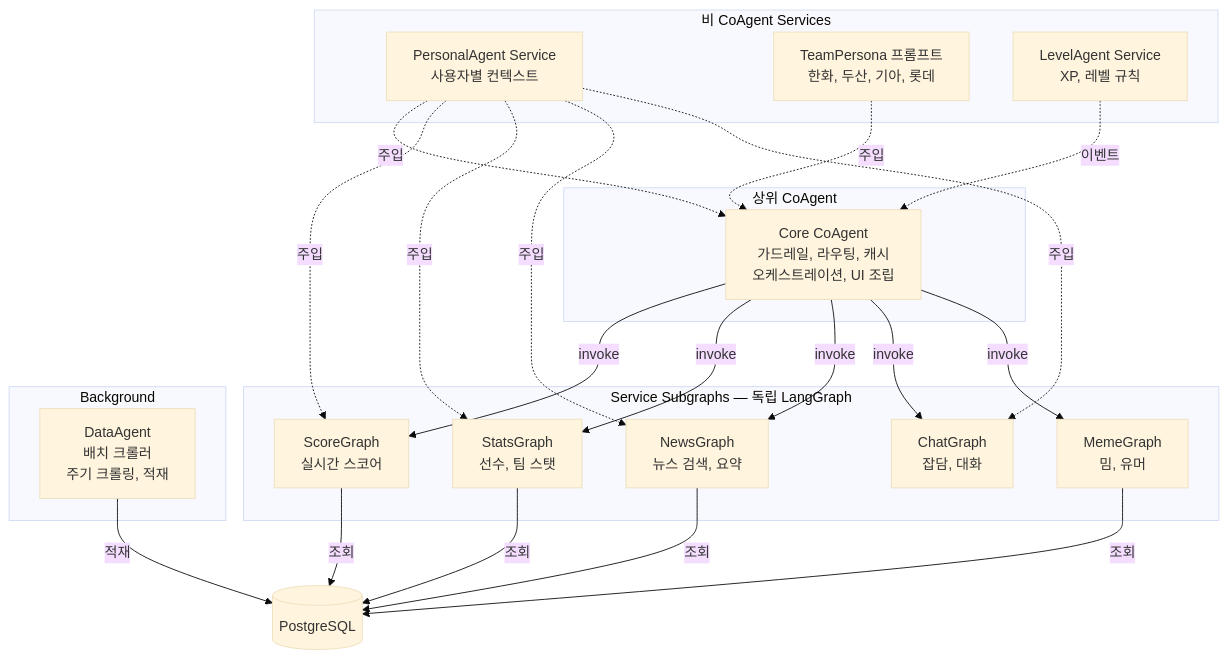
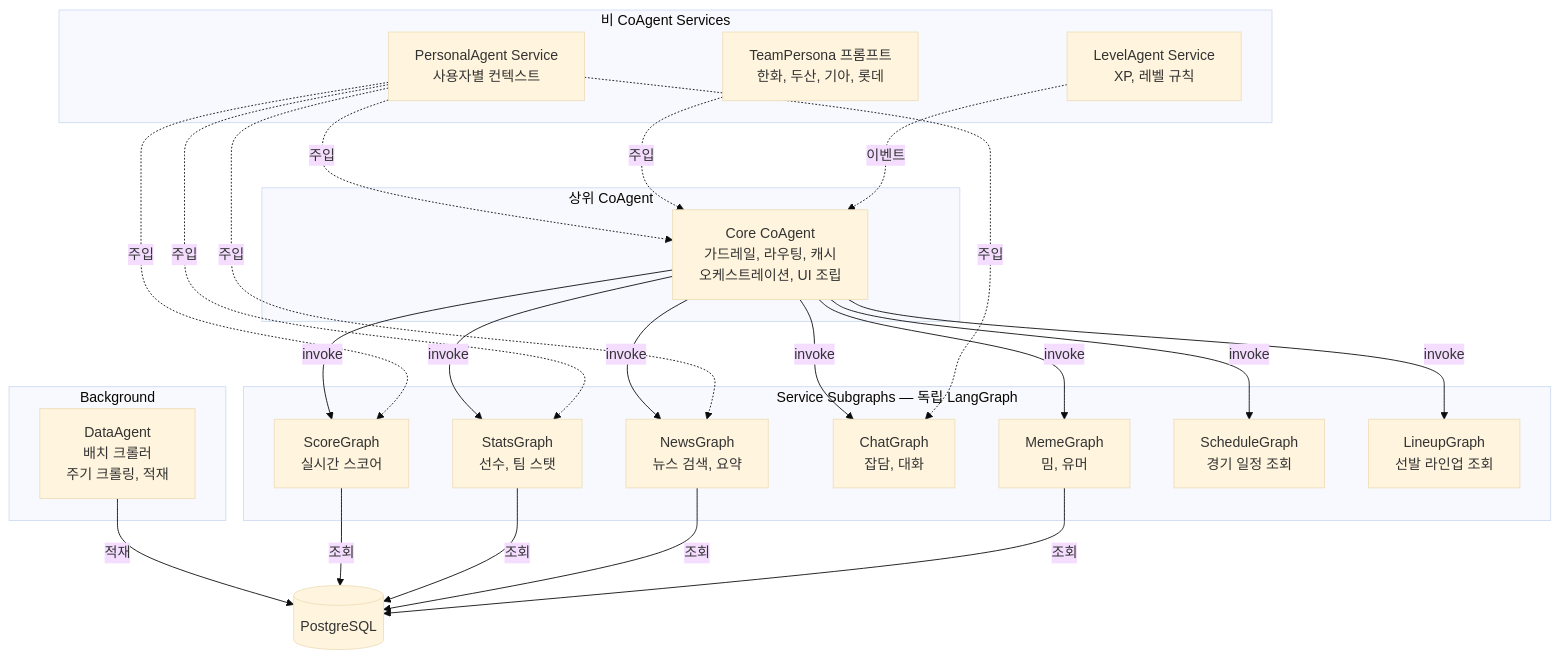
The fifth of 5 diagrams in docs/plan/batdi-architecture.md (leonardo204/Batdi), drawn with Mermaid (base theme) before and after one commit. The commit also changed other lines of this file and 3 other files, not shown here.

````diff
--- a/docs/plan/batdi-architecture.md
+++ b/docs/plan/batdi-architecture.md
@@ -683,44 +689,48 @@
 ```mermaid
 flowchart TB
     subgraph L1["상위 CoAgent"]
         Core["Core CoAgent<br>가드레일, 라우팅, 캐시<br>오케스트레이션, UI 조립"]
     end
 
     subgraph L2["Service Subgraphs — 독립 LangGraph"]
         SG1["ScoreGraph<br>실시간 스코어"]
         SG2["StatsGraph<br>선수, 팀 스탯"]
         SG3["NewsGraph<br>뉴스 검색, 요약"]
         SG4["ChatGraph<br>잡담, 대화"]
         SG5["MemeGraph<br>밈, 유머"]
+        SG6["ScheduleGraph<br>경기 일정 조회"]
+        SG7["LineupGraph<br>선발 라인업 조회"]
     end
 
     subgraph L3["비 CoAgent Services"]
         PAS["PersonalAgent Service<br>사용자별 컨텍스트"]
         TP["TeamPersona 프롬프트<br>한화, 두산, 기아, 롯데"]
         LV["LevelAgent Service<br>XP, 레벨 규칙"]
     end
 
     subgraph L4["Background"]
         DA["DataAgent<br>배치 크롤러<br>주기 크롤링, 적재"]
     end
 
     Core -->|invoke| SG1
     Core -->|invoke| SG2
     Core -->|invoke| SG3
     Core -->|invoke| SG4
     Core -->|invoke| SG5
+    Core -->|invoke| SG6
+    Core -->|invoke| SG7
 
     PAS -.->|주입| Core
     PAS -.->|주입| SG1
     PAS -.->|주입| SG2
     PAS -.->|주입| SG3
     PAS -.->|주입| SG4
 
     TP -.->|주입| Core
     LV -.->|이벤트| Core
     DA -->|적재| DB[(PostgreSQL)]
     SG1 -->|조회| DB
     SG2 -->|조회| DB
     SG3 -->|조회| DB
     SG5 -->|조회| DB
 ```
````
